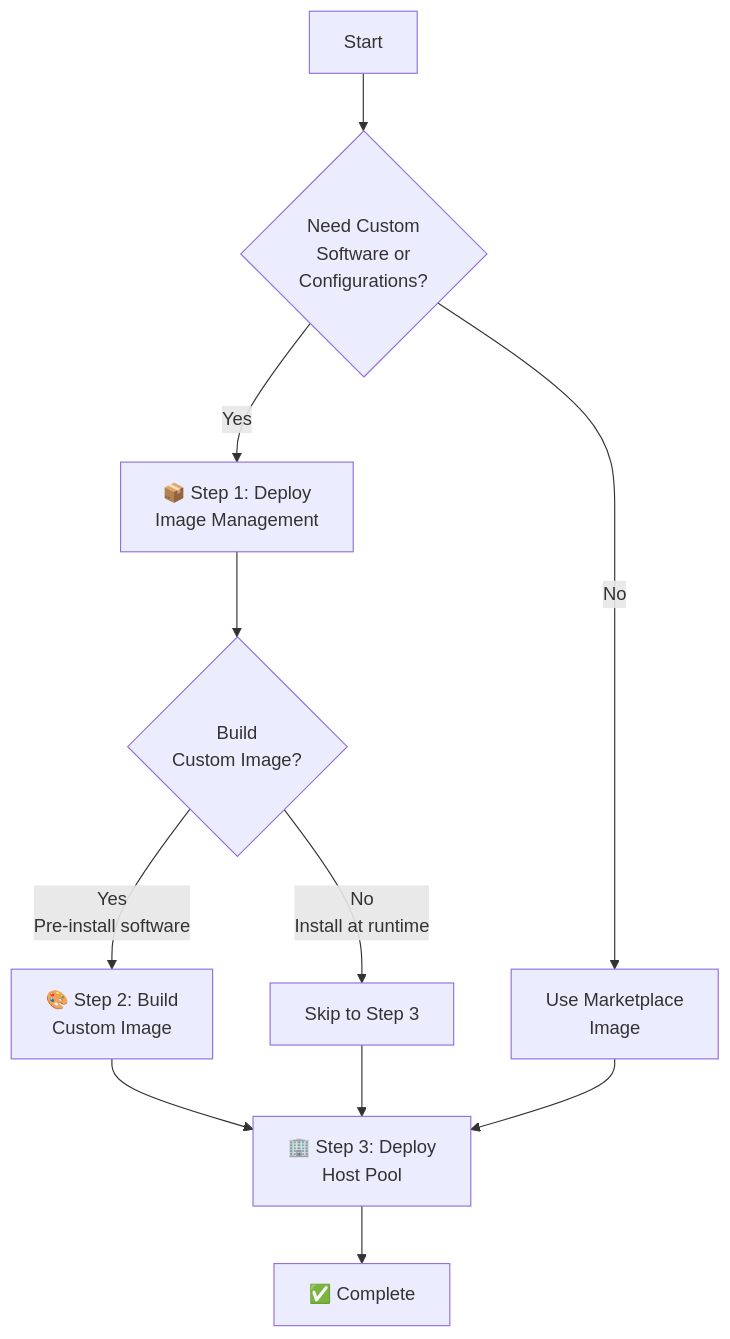
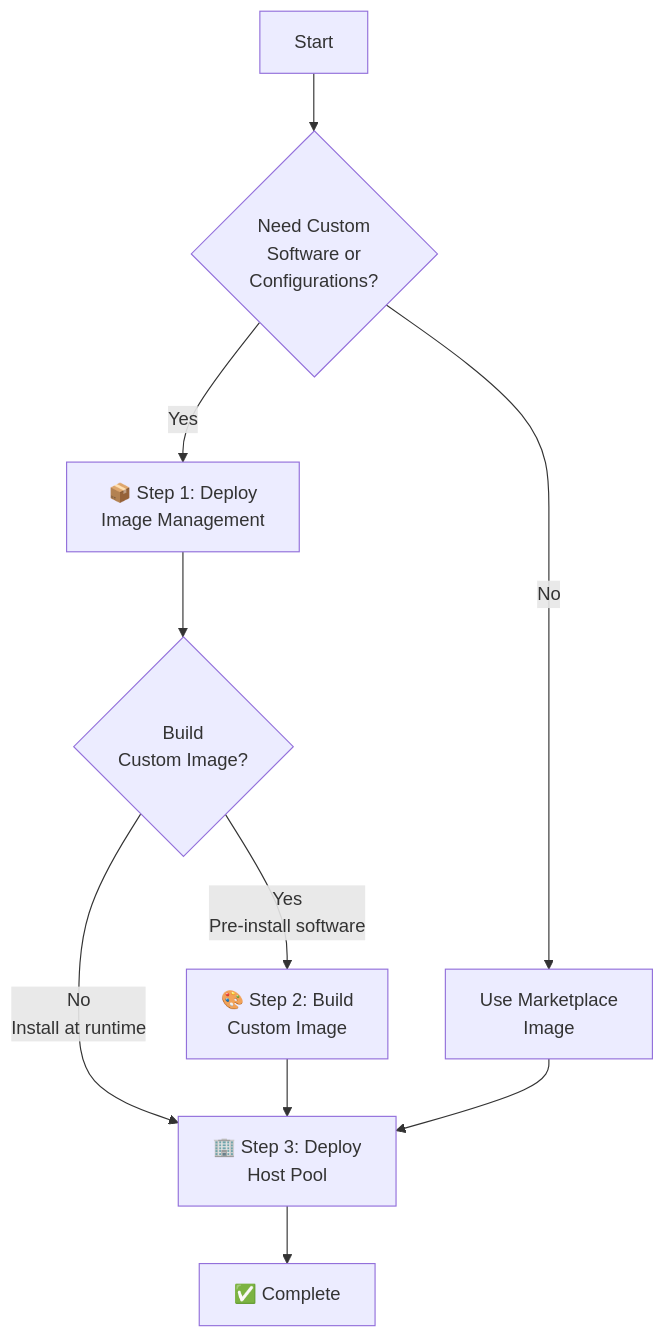
The diagram in docs/quickStart.md (Azure/FederalAVD), drawn with Mermaid before and after one commit.

Commit message:
made flow better

````diff
--- a/docs/quickStart.md
+++ b/docs/quickStart.md
@@ -11,13 +11,12 @@
 ```mermaid
 graph TD
     A[Start] --> B{Need Custom<br/>Software or<br/>Configurations?}
     B -->|Yes| C[📦 Step 1: Deploy<br/>Image Management]
     B -->|No| D[Use Marketplace<br/>Image]
     C --> E{Build<br/>Custom Image?}
     E -->|Yes<br/>Pre-install software| F[🎨 Step 2: Build<br/>Custom Image]
-    E -->|No<br/>Install at runtime| G[Skip to Step 3]
-    F --> H[🏢 Step 3: Deploy<br/>Host Pool]
-    G --> H
+    E -->|No<br/>Install at runtime| H[🏢 Step 3: Deploy<br/>Host Pool]
+    F --> H
     D --> H
     H --> I[✅ Complete]
 ```
````
